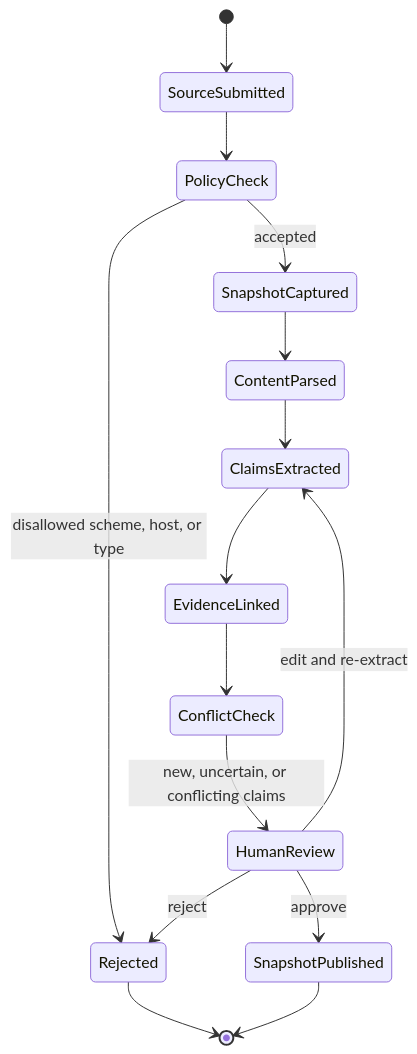
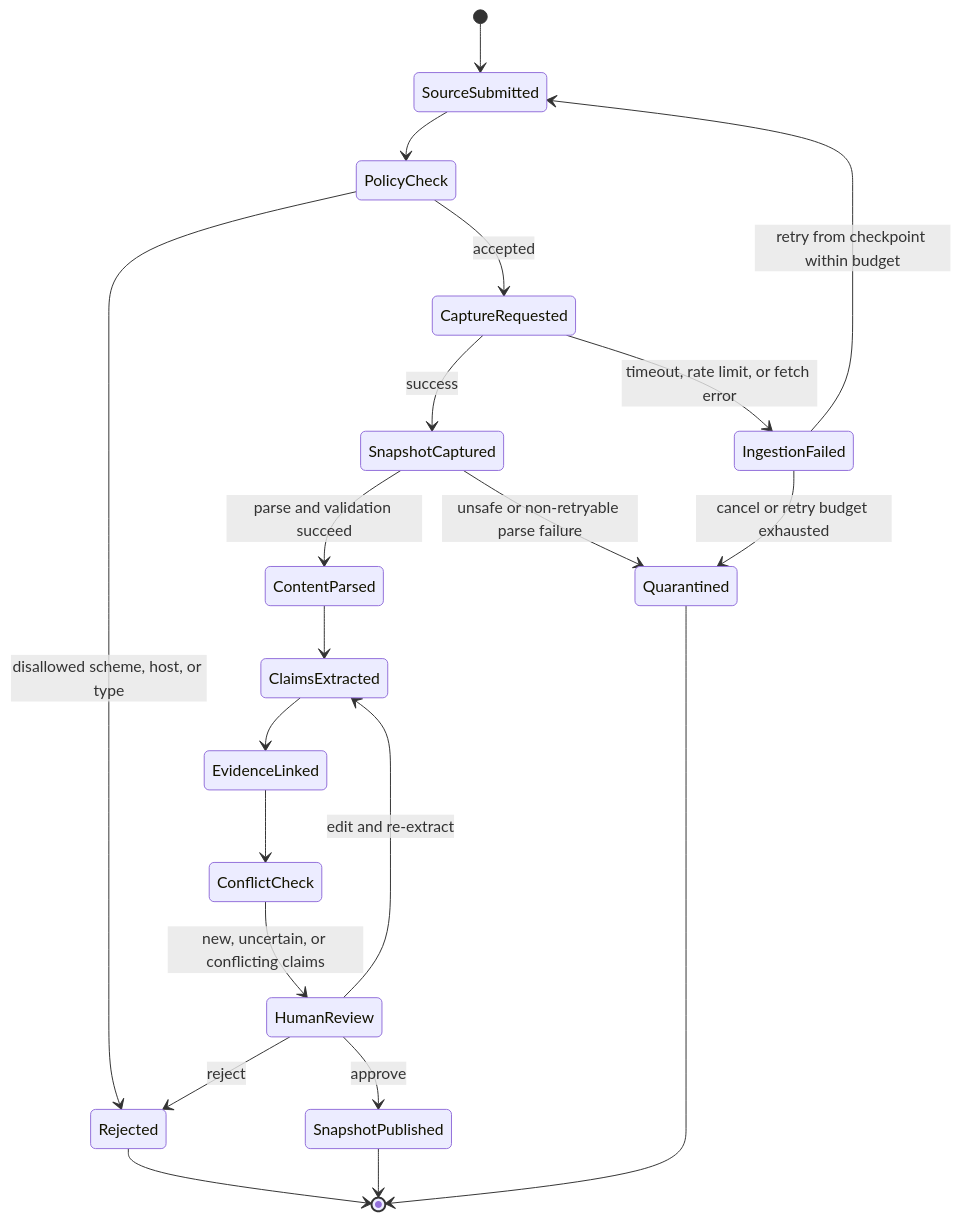
Before and after one commit to Wenqi77Zhang/GameCrafter-Agent: the second of 4 diagrams in docs/architecture/system-architecture.md, drawn with Mermaid. The commit also changed other lines of this file and 9 other files, not shown here.

Commit message:
tighten M0 architecture and health UX

````diff
--- a/docs/architecture/system-architecture.md
+++ b/docs/architecture/system-architecture.md
@@ -31,17 +32,23 @@
 ```mermaid
 stateDiagram-v2
     [*] --> SourceSubmitted
     SourceSubmitted --> PolicyCheck
     PolicyCheck --> Rejected: disallowed scheme, host, or type
-    PolicyCheck --> SnapshotCaptured: accepted
-    SnapshotCaptured --> ContentParsed
+    PolicyCheck --> CaptureRequested: accepted
+    CaptureRequested --> SnapshotCaptured: success
+    CaptureRequested --> IngestionFailed: timeout, rate limit, or fetch error
+    SnapshotCaptured --> ContentParsed: parse and validation succeed
+    SnapshotCaptured --> Quarantined: unsafe or non-retryable parse failure
+    IngestionFailed --> SourceSubmitted: retry from checkpoint within budget
+    IngestionFailed --> Quarantined: cancel or retry budget exhausted
     ContentParsed --> ClaimsExtracted
     ClaimsExtracted --> EvidenceLinked
     EvidenceLinked --> ConflictCheck
     ConflictCheck --> HumanReview: new, uncertain, or conflicting claims
     HumanReview --> ClaimsExtracted: edit and re-extract
     HumanReview --> Rejected: reject
     HumanReview --> SnapshotPublished: approve
     SnapshotPublished --> [*]
     Rejected --> [*]
+    Quarantined --> [*]
 ```
````
